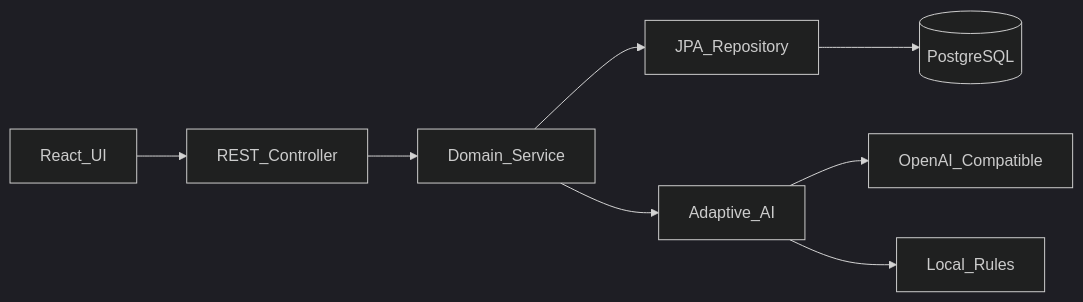
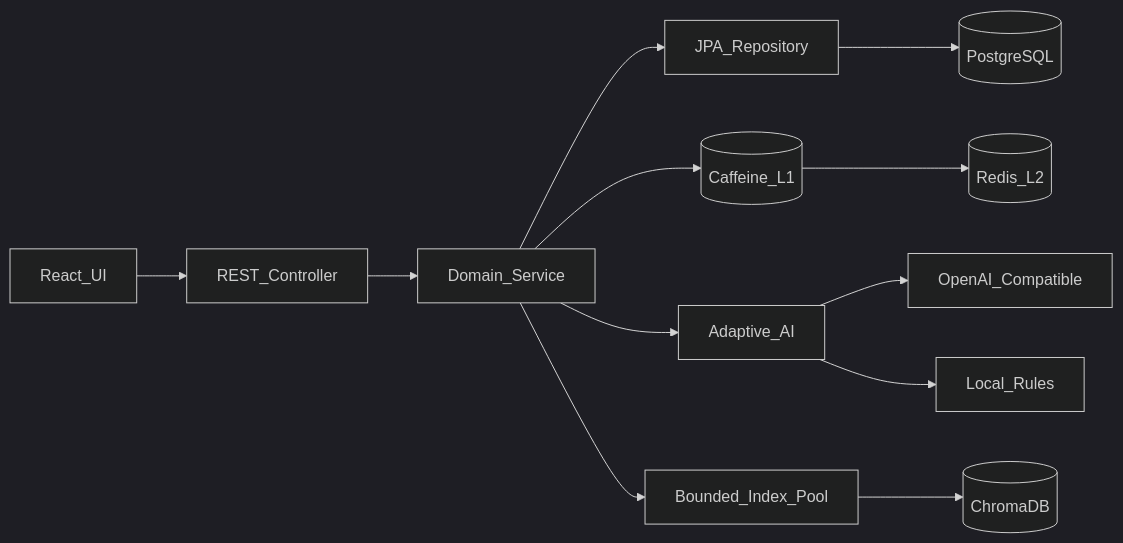
The diagram in README.md (2327405025/AiManagementSystem), drawn with Mermaid (dark theme) before and after one commit. The commit also changed other lines of this file and 7 other files, not shown here.

````diff
--- a/README.md
+++ b/README.md
@@ -91,10 +98,14 @@
 ```mermaid
 flowchart LR
   UI[React_UI] --> Controller[REST_Controller]
   Controller --> Service[Domain_Service]
   Service --> Repository[JPA_Repository]
   Repository --> DB[(PostgreSQL)]
+  Service --> L1[(Caffeine_L1)]
+  L1 --> L2[(Redis_L2)]
   Service --> AI[Adaptive_AI]
   AI --> LLM[OpenAI_Compatible]
   AI --> Rules[Local_Rules]
+  Service --> IndexPool[Bounded_Index_Pool]
+  IndexPool --> Vector[(ChromaDB)]
 ```
````
